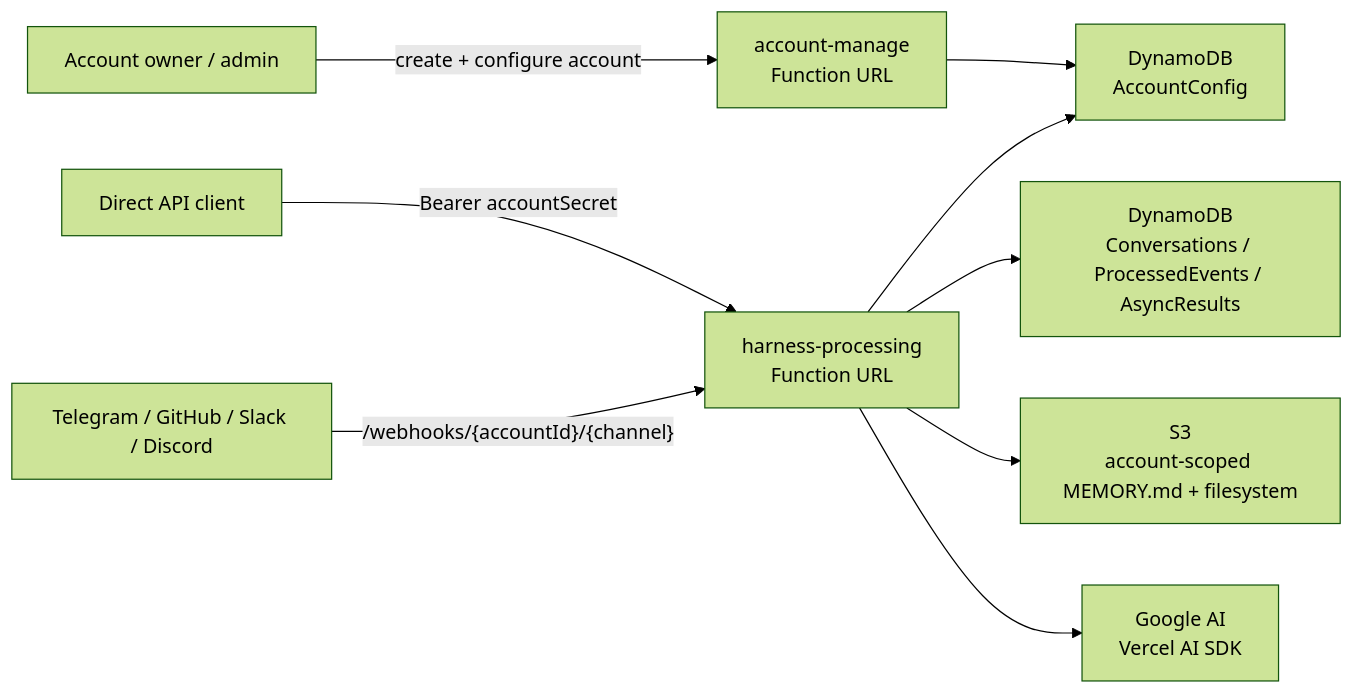
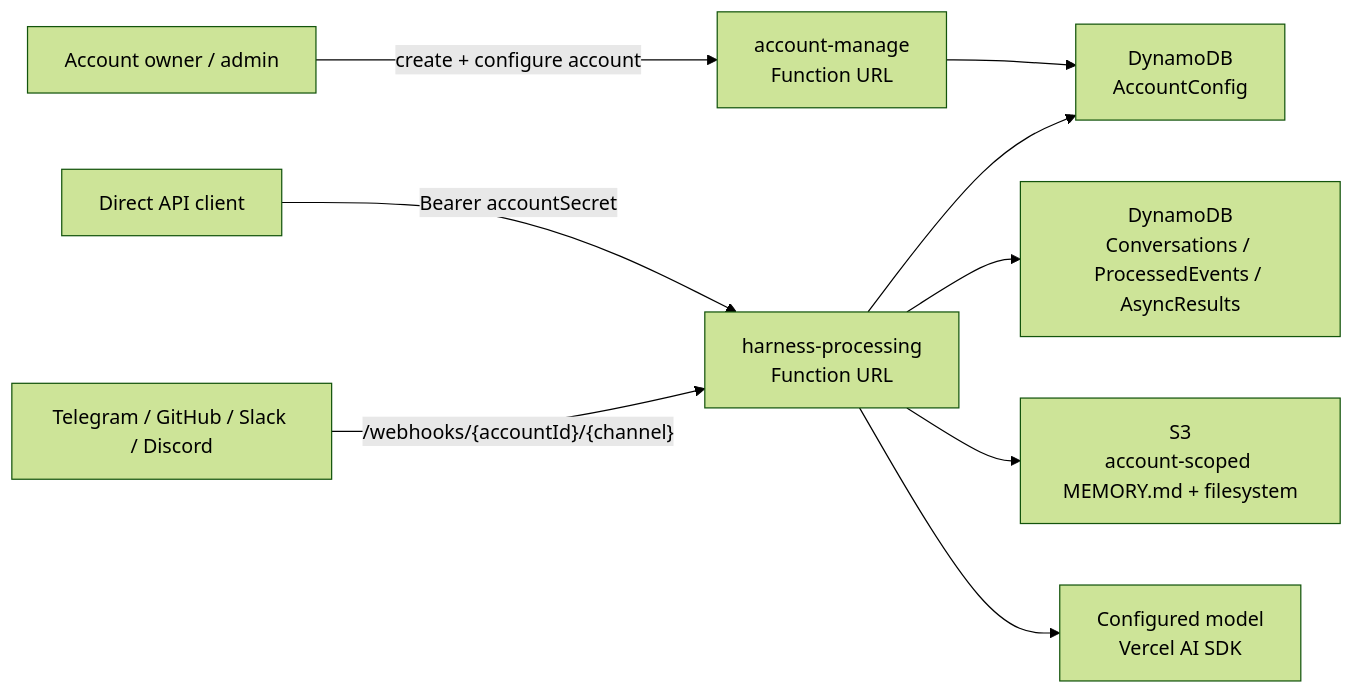
Before and after one commit to beeblastco/filthy-panty: the diagram in README.md, drawn with Mermaid (forest theme). The commit also changed other lines of this file and 18 other files, not shown here.

Commit message:
feat: add tool configure options when create new account + add different model provider based on vercel-ai sdk

````diff
--- a/README.md
+++ b/README.md
@@ -27,12 +27,12 @@
 ```mermaid
 flowchart LR
   Admin["Account owner / admin"] -->|"create + configure account"| Manage["account-manage<br/>Function URL"]
   Client["Direct API client"] -->|"Bearer accountSecret"| Harness["harness-processing<br/>Function URL"]
   Provider["Telegram / GitHub / Slack / Discord"] -->|"/webhooks/{accountId}/{channel}"| Harness
 
   Manage --> Accounts["DynamoDB<br/>AccountConfig"]
   Harness --> Accounts
   Harness --> Conversations["DynamoDB<br/>Conversations / ProcessedEvents / AsyncResults"]
   Harness --> Memory["S3<br/>account-scoped MEMORY.md + filesystem"]
-  Harness --> Model["Google AI<br/>Vercel AI SDK"]
+  Harness --> Model["Configured model<br/>Vercel AI SDK"]
 ```
````
